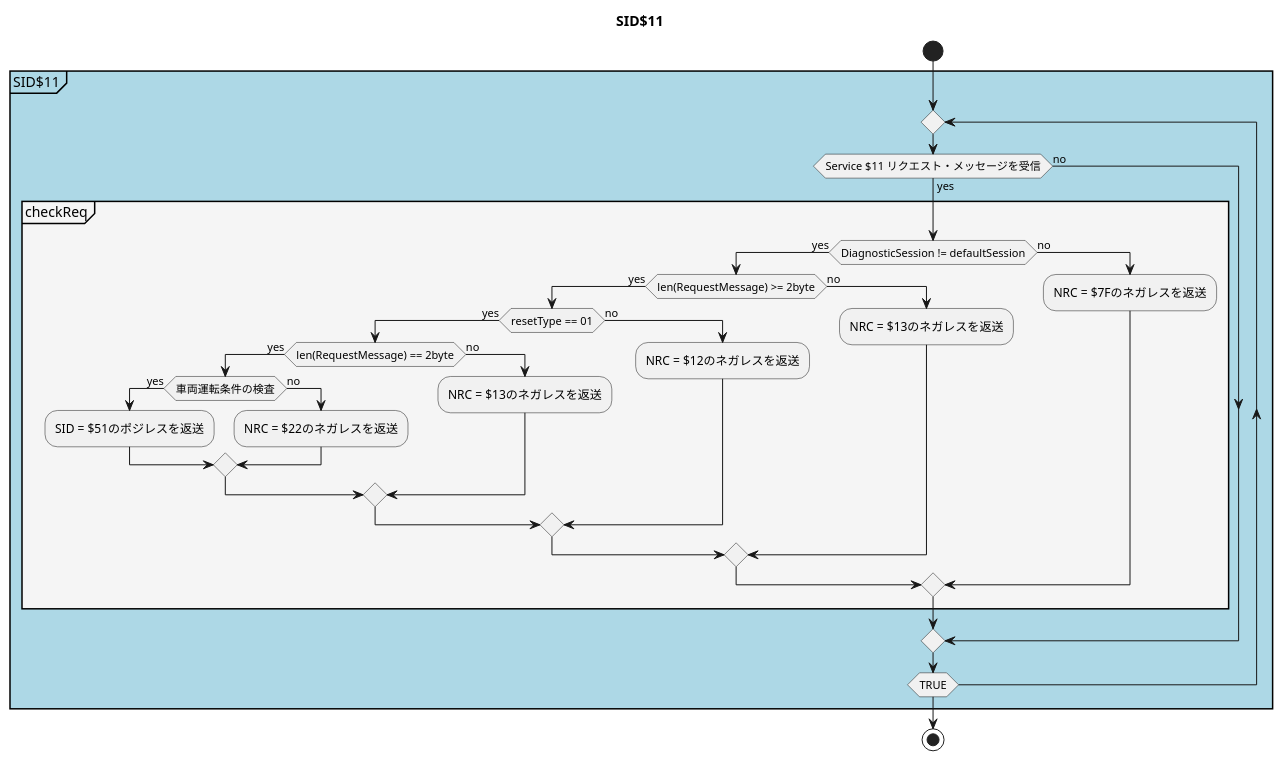
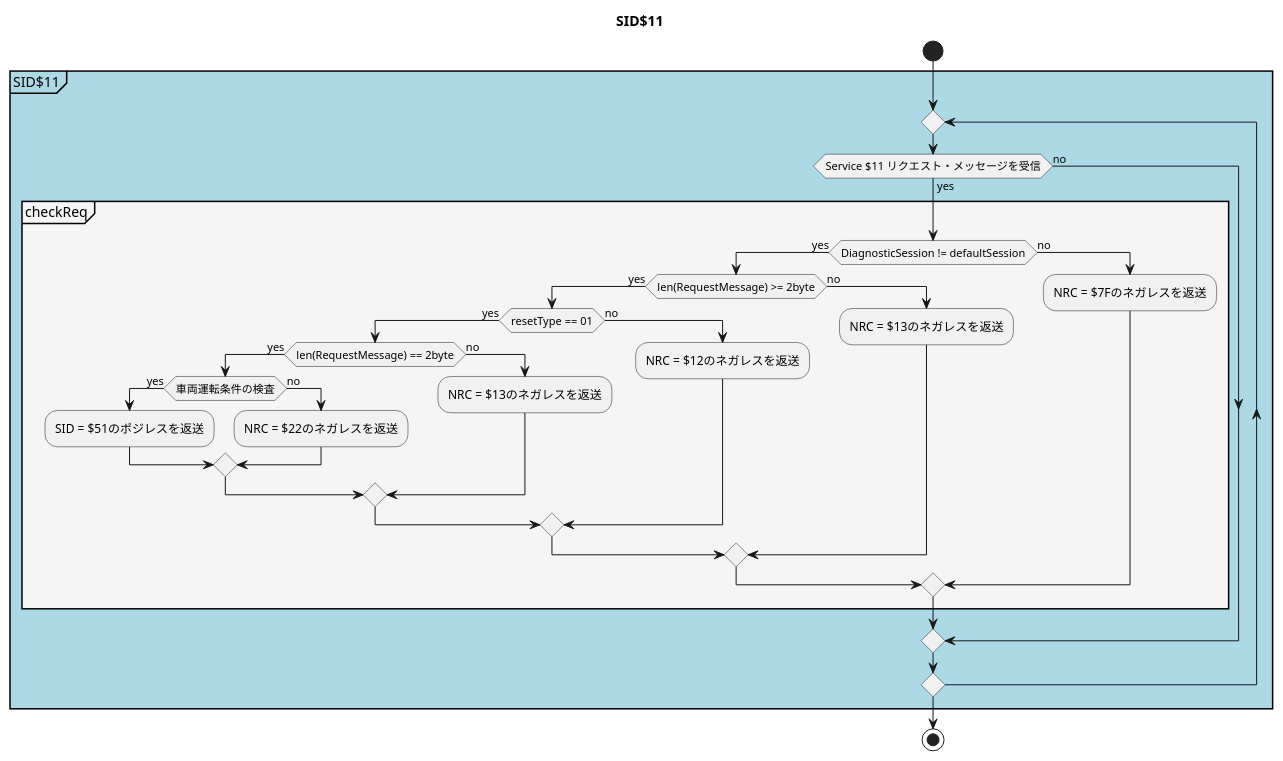
One commit to JiaxiaoH/ecu-simulator changed the diagram in UML/SID$11.puml. Above: the diagram before and after it, drawn with PlantUML. The commit also changed 16 other files, not shown here.

```diff
--- a/UML/SID$11.puml
+++ b/UML/SID$11.puml
@@ -1,39 +1,39 @@
 @startuml SID$11
 title SID$11
 start
     partition SID$11 #LightBlue{
     repeat
     if (Service $11 リクエスト・メッセージを受信) then (yes)
 
       partition checkReq #WhiteSmoke{
 
         if (DiagnosticSession != defaultSession) then (yes) 
             if (len(RequestMessage) >= 2byte) then (yes)
                 if(resetType == 01) then (yes)
                     if(len(RequestMessage) == 2byte) then (yes)
                         if(車両運転条件の検査) then (yes)
                             :SID = $51のポジレスを返送;
                         else(no)
                             :NRC = $22のネガレスを返送;
                         endif
                     else(no)
                         :NRC = $13のネガレスを返送;
                     endif
                 else(no)
                     :NRC = $12のネガレスを返送;
                 endif
             else(no)
                 :NRC = $13のネガレスを返送;
             endif
         else (no)
             :NRC = $7Fのネガレスを返送;
         endif
       }
 
     else (no)
 
     endif
-    repeat while(TRUE)
+    repeat while()
     }
 stop
 @enduml
```
